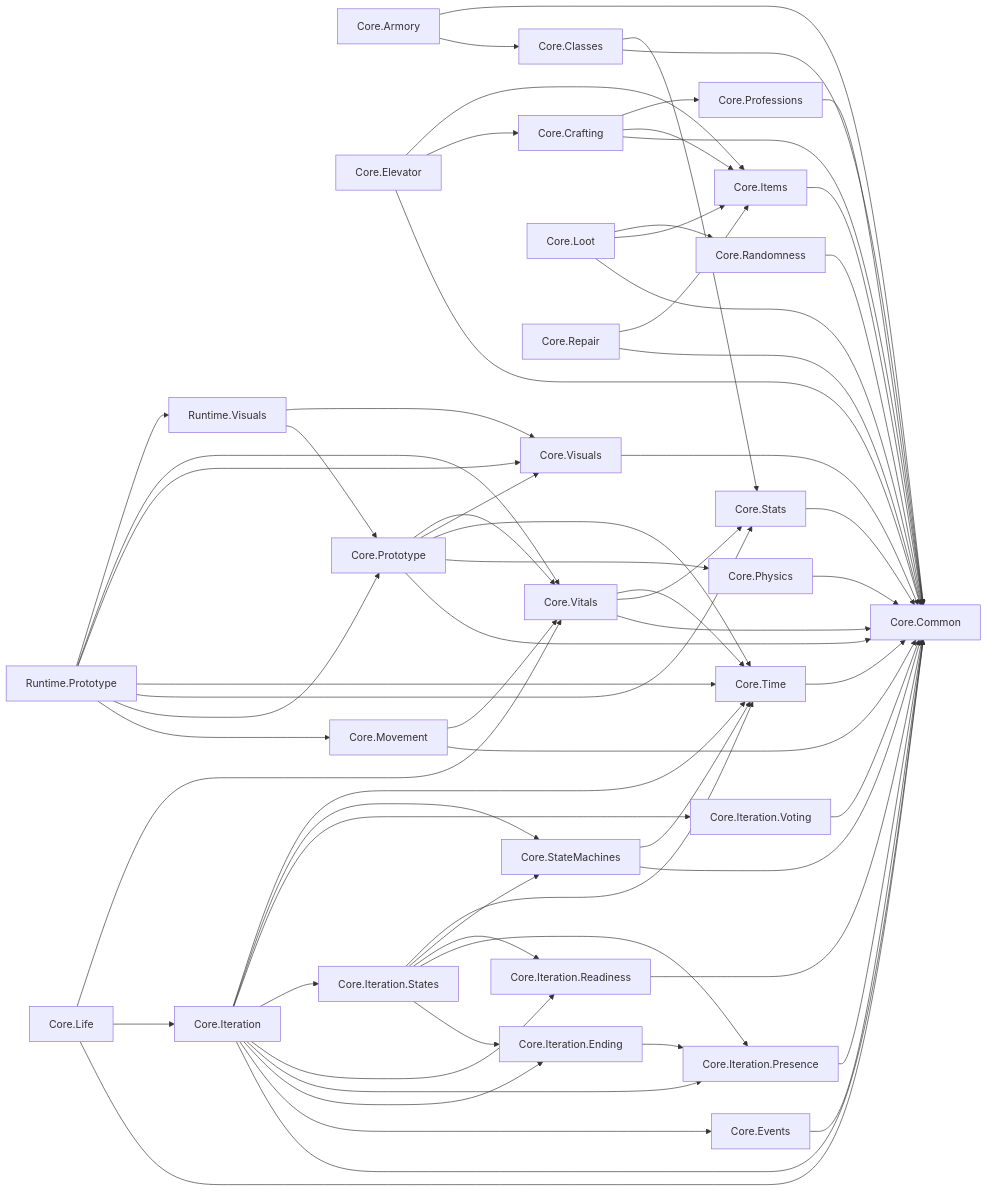
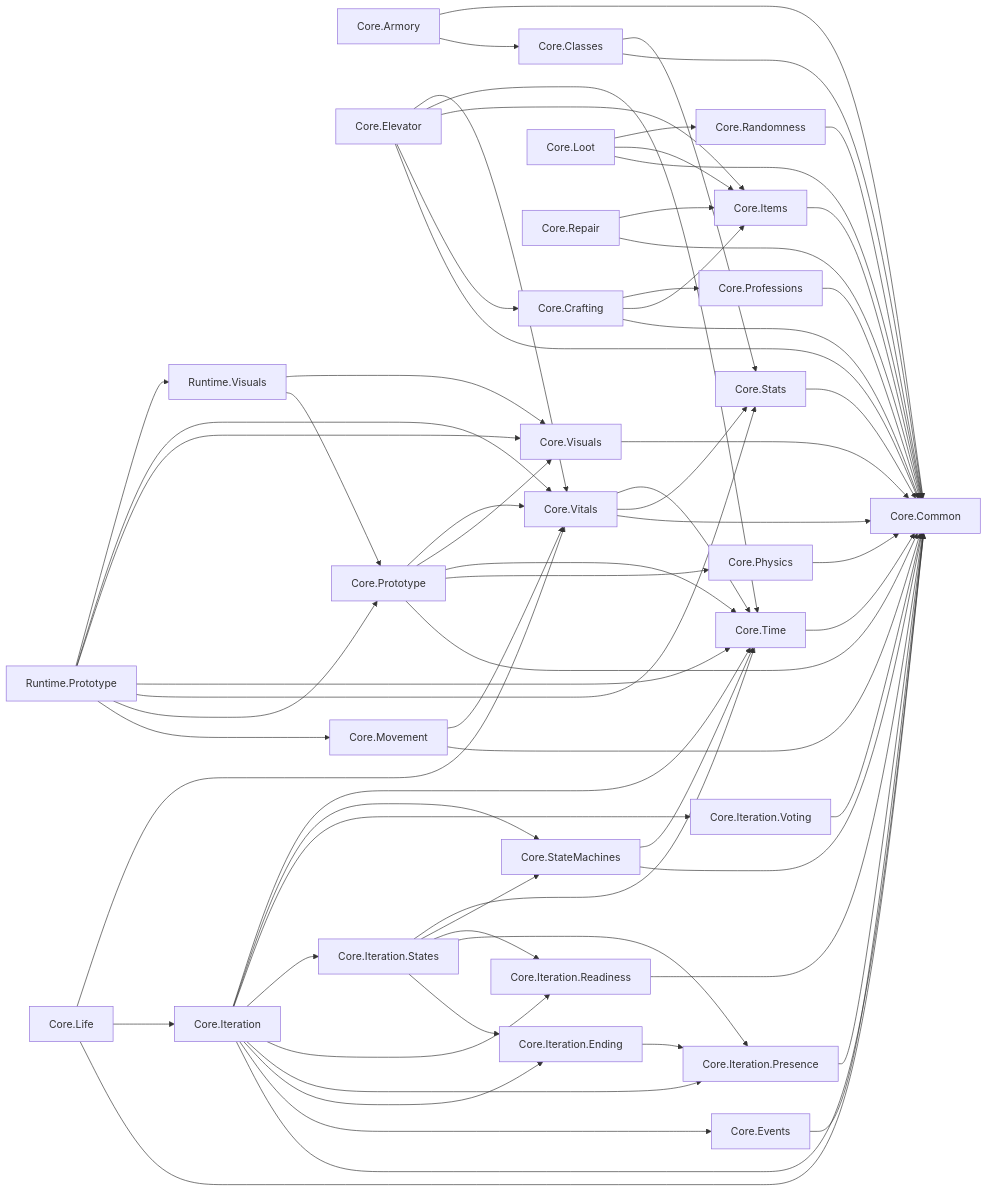
Before and after one commit to LazaroPol/Acensor: the diagram in docs/arquitectura/MODULOS.md, drawn with Mermaid. The commit also changed other lines of this file and 11 other files, not shown here.

````diff
--- a/docs/arquitectura/MODULOS.md
+++ b/docs/arquitectura/MODULOS.md
@@ -40,58 +40,58 @@
 ```mermaid
 flowchart LR
   n0["Core.Armory"]
   n1["Core.Classes"]
   n2["Core.Common"]
   n3["Core.Crafting"]
   n4["Core.Elevator"]
   n5["Core.Events"]
   n6["Core.Items"]
   n7["Core.Iteration"]
   n8["Core.Iteration.Ending"]
   n9["Core.Iteration.Presence"]
   n10["Core.Iteration.Readiness"]
   n11["Core.Iteration.States"]
   n12["Core.Iteration.Voting"]
   n13["Core.Life"]
   n14["Core.Loot"]
   n15["Core.Movement"]
   n16["Core.Physics"]
   n17["Core.Professions"]
   n18["Core.Prototype"]
   n19["Core.Randomness"]
   n20["Core.Repair"]
   n21["Core.StateMachines"]
   n22["Core.Stats"]
   n23["Core.Time"]
   n24["Core.Visuals"]
   n25["Core.Vitals"]
   n26["Runtime.Prototype"]
   n27["Runtime.Visuals"]
   n0 --> n1 & n2
   n1 --> n2 & n22
   n3 --> n2 & n6 & n17
-  n4 --> n2 & n3 & n6
+  n4 --> n2 & n3 & n6 & n23 & n25
   n5 --> n2
   n6 --> n2
   n7 --> n2 & n5 & n8 & n9 & n10 & n11 & n12 & n21 & n23
   n8 --> n9
   n9 --> n2
   n10 --> n2
   n11 --> n8 & n9 & n10 & n21 & n23
   n12 --> n2
   n13 --> n2 & n7 & n25
   n14 --> n2 & n6 & n19
   n15 --> n2 & n25
   n16 --> n2
   n17 --> n2
   n18 --> n2 & n16 & n23 & n24 & n25
   n19 --> n2
   n20 --> n2 & n6
   n21 --> n2 & n23
   n22 --> n2
   n23 --> n2
   n24 --> n2
   n25 --> n2 & n22 & n23
   n26 --> n15 & n18 & n22 & n23 & n24 & n25 & n27
   n27 --> n18 & n24
 ```
````
